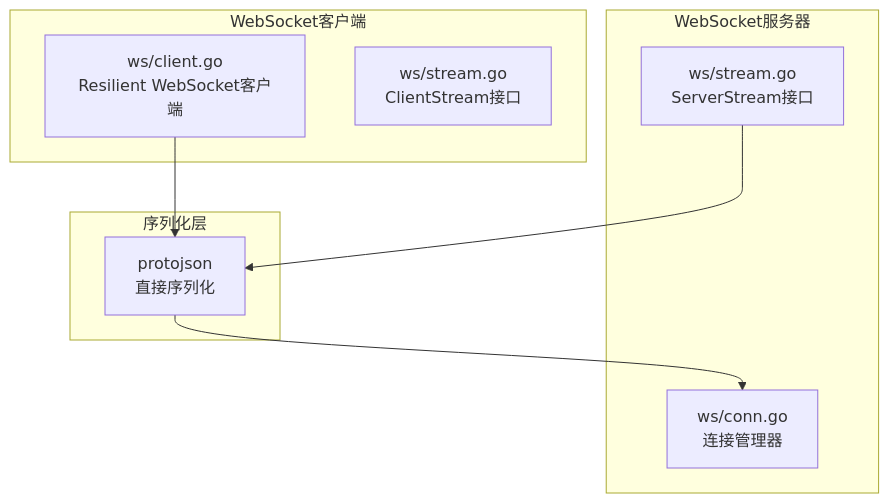
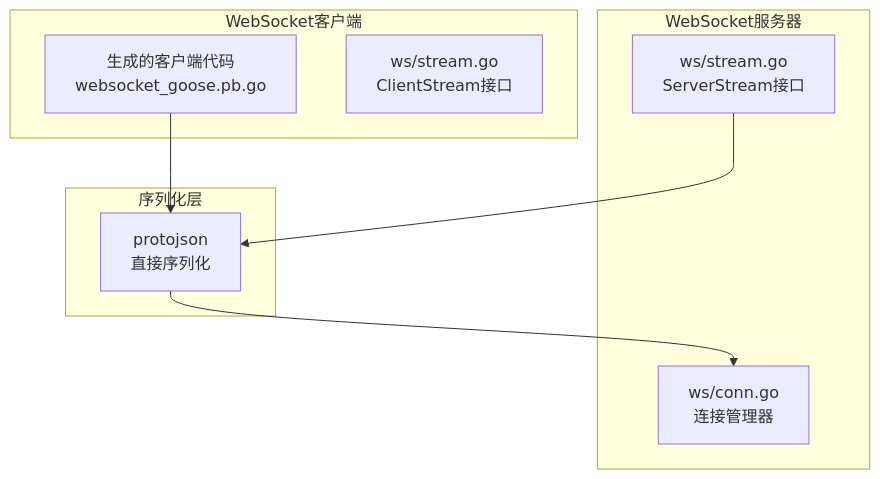
Before and after one commit to soyacen/goose: the ninth of 11 diagrams in .agents/repowiki/zh/content/HTTP 服务器框架/编解码器系统.md, drawn with Mermaid. The commit also changed other lines of this file and 4 other files, not shown here.

````diff
--- a/.agents/repowiki/zh/content/HTTP 服务器框架/编解码器系统.md
+++ b/.agents/repowiki/zh/content/HTTP 服务器框架/编解码器系统.md
@@ -443,17 +438,17 @@
 ```mermaid
 graph TB
 subgraph "WebSocket客户端"
-WS_Client["ws/client.go<br/>Resilient WebSocket客户端"]
+WS_Client["生成的客户端代码<br/>websocket_goose.pb.go"]
 WS_Stream["ws/stream.go<br/>ClientStream接口"]
 end
 subgraph "WebSocket服务器"
 WS_Server["ws/stream.go<br/>ServerStream接口"]
 WS_Conn["ws/conn.go<br/>连接管理器"]
 end
 subgraph "序列化层"
 ProtoJSON["protojson<br/>直接序列化"]
 end
 WS_Client --> ProtoJSON
 WS_Server --> ProtoJSON
 ProtoJSON --> WS_Conn
 ```
````
